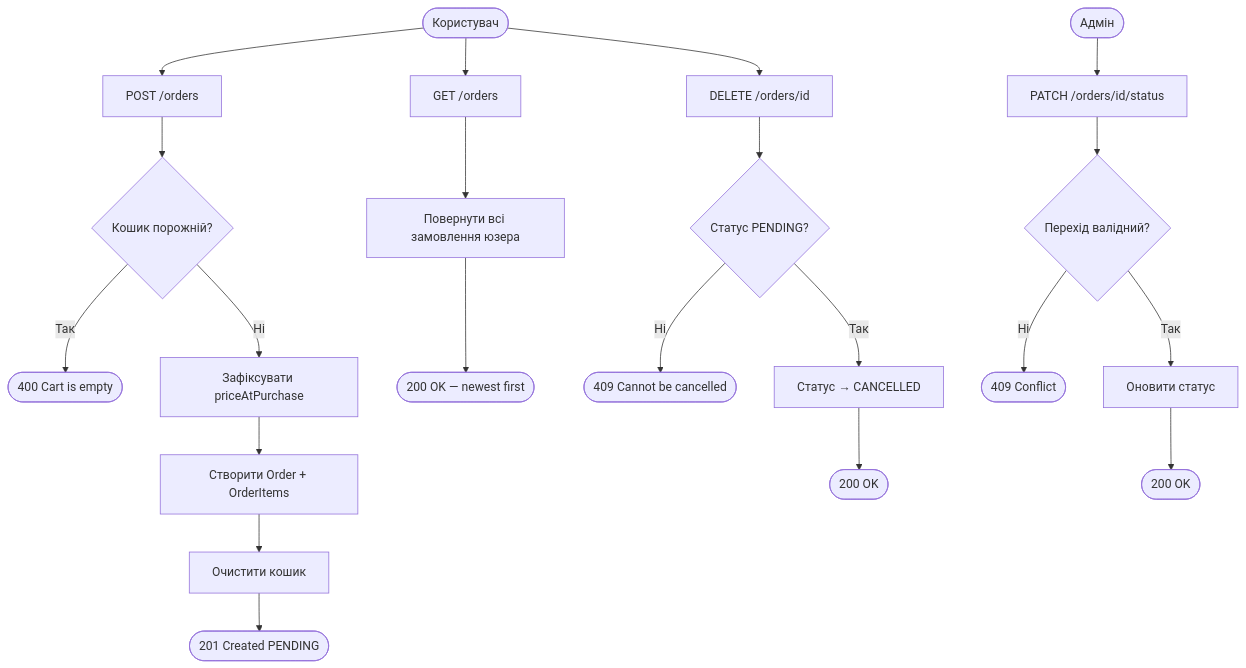
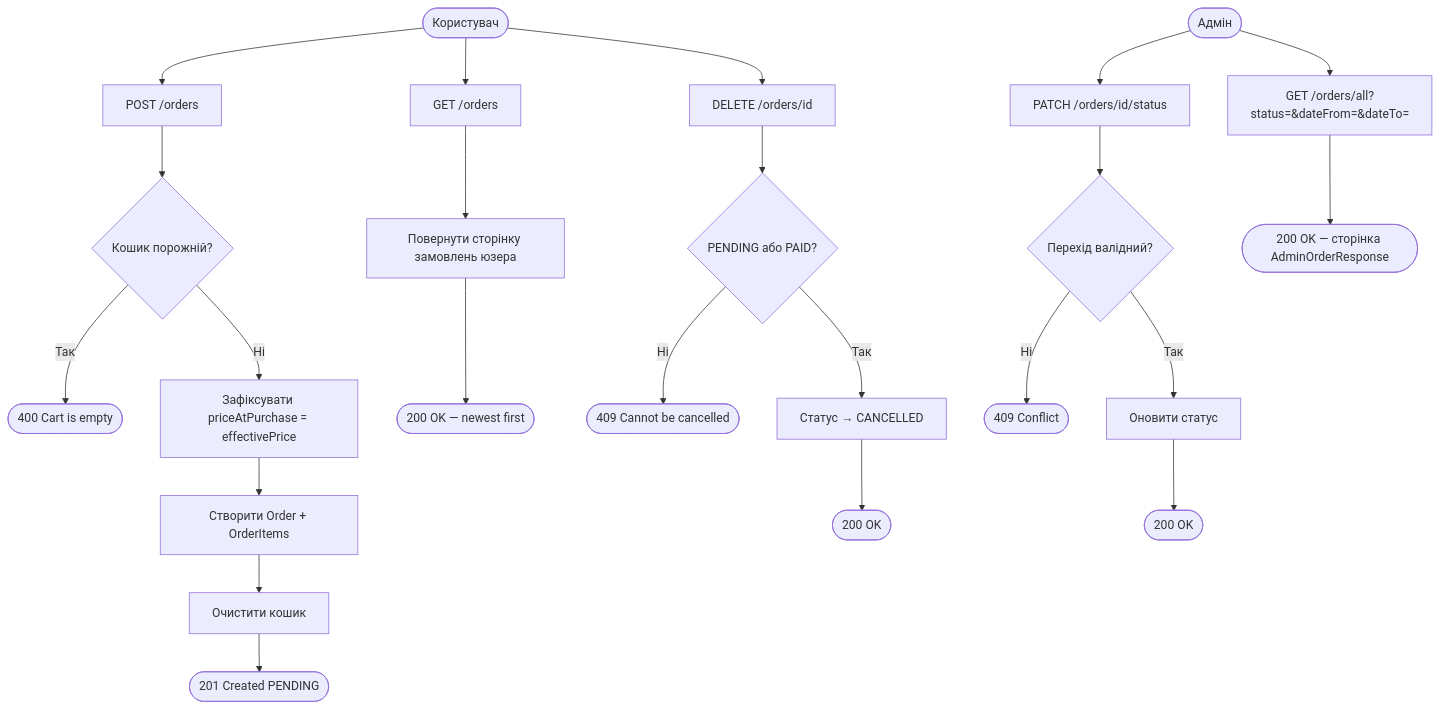
One commit to MaksymChalyi/Verdora-backend changed the first of 3 diagrams in docs/order/orders.md. Above: the diagram before and after it, drawn with Mermaid. The commit also changed other lines of this file and 12 other files, not shown here.

````diff
--- a/docs/order/orders.md
+++ b/docs/order/orders.md
@@ -185,26 +322,29 @@
 ```mermaid
 flowchart TD
     A([Користувач]) --> B[POST /orders]
     B --> C{Кошик порожній?}
     C -- Так --> D([400 Cart is empty])
-    C -- Ні --> E[Зафіксувати priceAtPurchase]
+    C -- Ні --> E[Зафіксувати priceAtPurchase = effectivePrice]
     E --> F[Створити Order + OrderItems]
     F --> G[Очистити кошик]
     G --> H([201 Created PENDING])
 
     A --> I[GET /orders]
-    I --> J[Повернути всі замовлення юзера]
+    I --> J[Повернути сторінку замовлень юзера]
     J --> K([200 OK — newest first])
 
     A --> L[DELETE /orders/id]
-    L --> M{Статус PENDING?}
+    L --> M{PENDING або PAID?}
     M -- Ні --> N([409 Cannot be cancelled])
     M -- Так --> O[Статус → CANCELLED]
     O --> P([200 OK])
 
     ADMIN([Адмін]) --> Q[PATCH /orders/id/status]
     Q --> R{Перехід валідний?}
     R -- Ні --> T([409 Conflict])
     R -- Так --> U[Оновити статус]
     U --> S([200 OK])
+
+    ADMIN --> V[GET /orders/all?status=&dateFrom=&dateTo=]
+    V --> W([200 OK — сторінка AdminOrderResponse])
 ```
````
